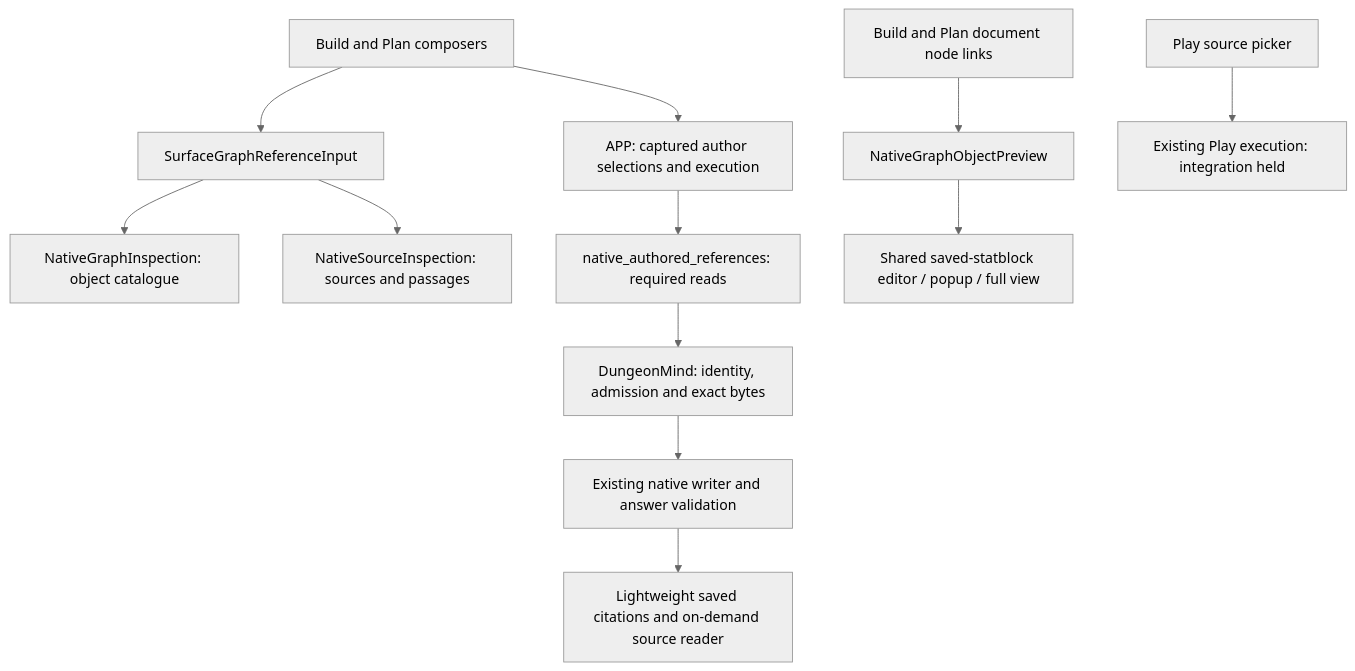
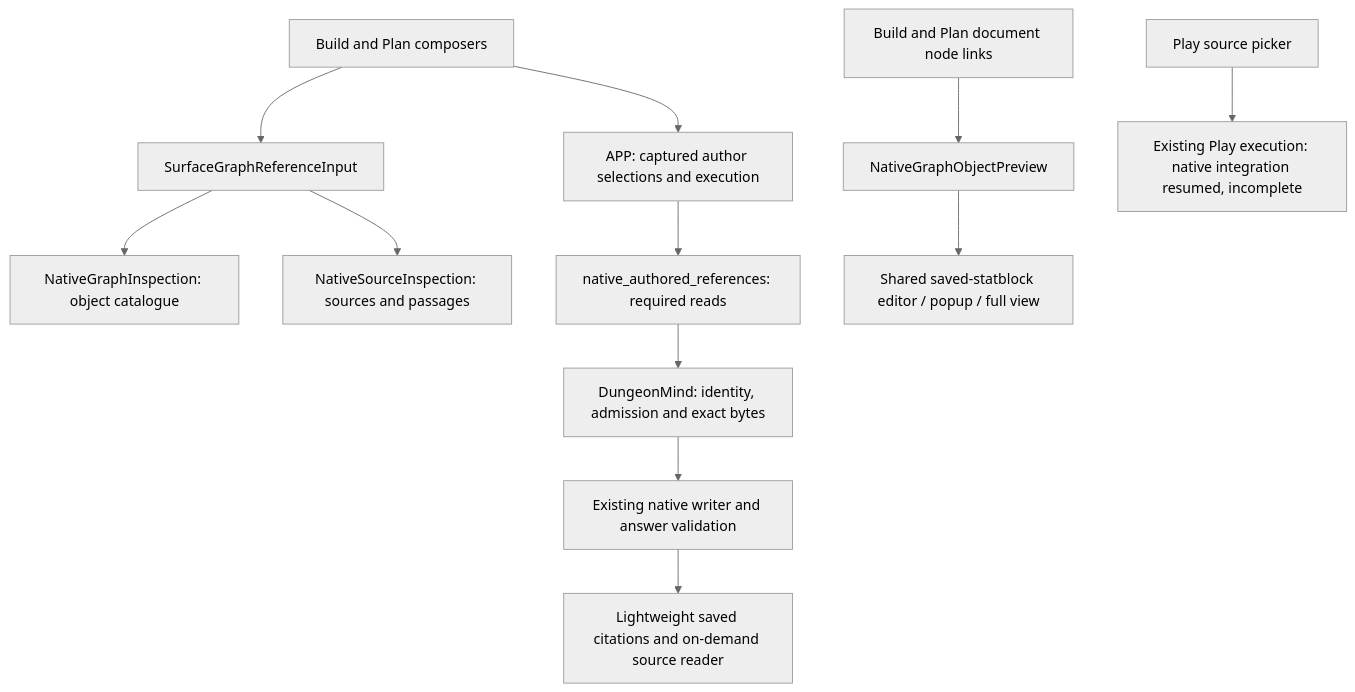
Before and after one commit to Drakosfire/DungeonMindBuddy: the diagram in Docs/Plans/HANDOFF-REFERENCE-adoption-inventory.md, drawn with Mermaid (neutral theme). The commit also changed other lines of this file and 1 other file, not shown here.

Commit message:
PLAY: resume native reference integration against current owners

````diff
--- a/Docs/Plans/HANDOFF-REFERENCE-adoption-inventory.md
+++ b/Docs/Plans/HANDOFF-REFERENCE-adoption-inventory.md
@@ -22,14 +22,14 @@
 ```mermaid
 flowchart TD
   B[Build and Plan composers] --> P[SurfaceGraphReferenceInput]
   P --> O[NativeGraphInspection: object catalogue]
   P --> S[NativeSourceInspection: sources and passages]
   B --> A[APP: captured author selections and execution]
   A --> N[native_authored_references: required reads]
   N --> D[DungeonMind: identity, admission and exact bytes]
   D --> W[Existing native writer and answer validation]
   W --> C[Lightweight saved citations and on-demand source reader]
   L[Build and Plan document node links] --> I[NativeGraphObjectPreview]
   I --> E[Shared saved-statblock editor / popup / full view]
-  Y[Play source picker] --> H[Existing Play execution: integration held]
+  Y[Play source picker] --> H[Existing Play execution: native integration resumed, incomplete]
 ```
````
